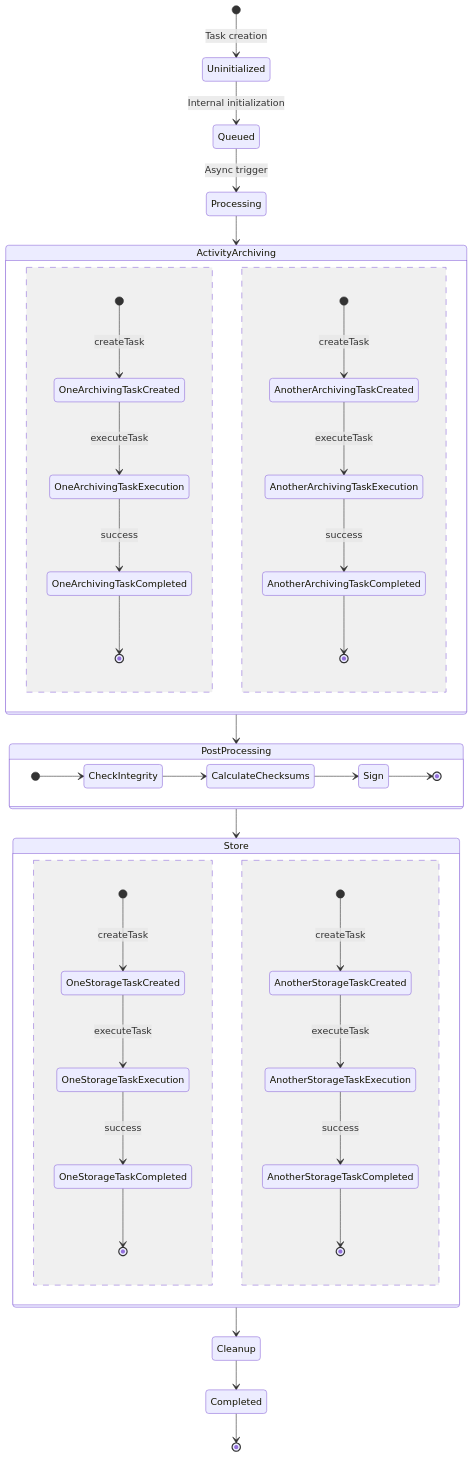
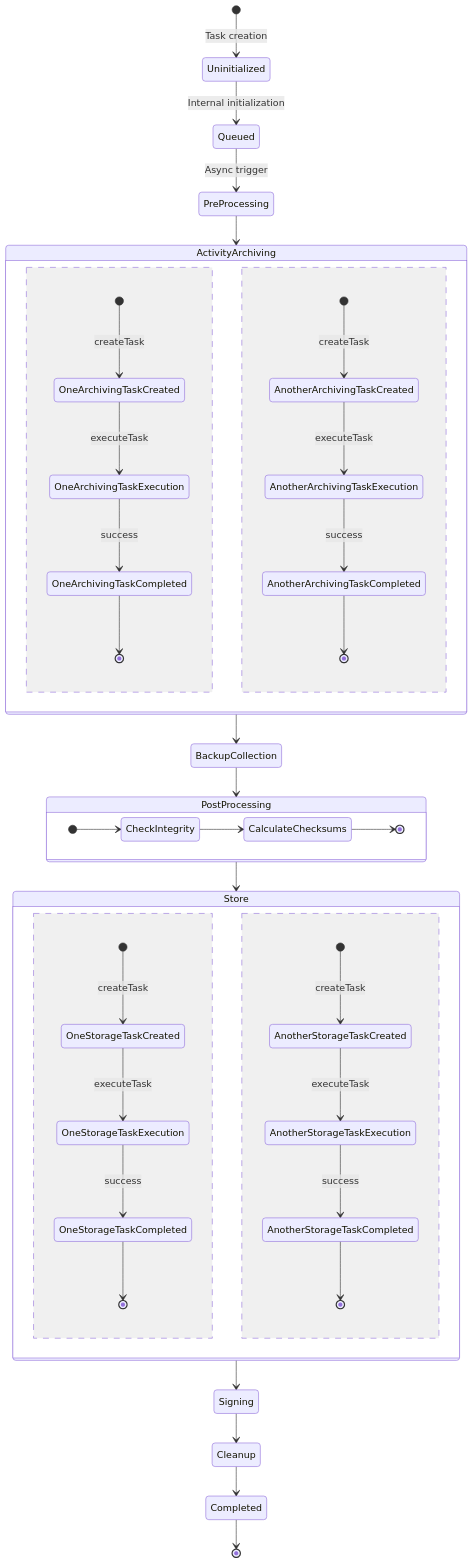
The first of 2 diagrams in docs/dev/api/archive-job-states.md (ngandrass/moodle-local_archiving), drawn with Mermaid before and after one commit. The commit also changed other lines of this file, not shown here.

````diff
--- a/docs/dev/api/archive-job-states.md
+++ b/docs/dev/api/archive-job-states.md
@@ -19,50 +18,55 @@
 ```mermaid
 stateDiagram-v2
     %% Job creation and initialization
     [*] --> Uninitialized : Task creation
     Uninitialized --> Queued : Internal initialization
-    Queued --> Processing : Async trigger
-    
+    Queued --> PreProcessing : Async trigger
+
     %% Activity archiving phase
-    Processing --> ActivityArchiving
+    PreProcessing --> ActivityArchiving
     state ActivityArchiving {
         [*] --> OneArchivingTaskCreated : createTask
         OneArchivingTaskCreated --> OneArchivingTaskExecution : executeTask
         OneArchivingTaskExecution --> OneArchivingTaskCompleted : success
         OneArchivingTaskCompleted --> [*]
         --
         [*] --> AnotherArchivingTaskCreated : createTask
         AnotherArchivingTaskCreated --> AnotherArchivingTaskExecution : executeTask
         AnotherArchivingTaskExecution --> AnotherArchivingTaskCompleted : success
         AnotherArchivingTaskCompleted --> [*]
     }
-    
+
+    %% Backup collection phase
+    ActivityArchiving --> BackupCollection
+
     %% Post-processing phase
-    ActivityArchiving --> PostProcessing
+    BackupCollection --> PostProcessing
     state PostProcessing {
         direction LR
         [*] --> CheckIntegrity
         CheckIntegrity --> CalculateChecksums
-        CalculateChecksums --> Sign
-        Sign --> [*]
+        CalculateChecksums --> [*]
     }
     PostProcessing --> Store
-    
+
     %% Storage phase
     state Store {
         [*] --> OneStorageTaskCreated : createTask
         OneStorageTaskCreated --> OneStorageTaskExecution : executeTask
         OneStorageTaskExecution --> OneStorageTaskCompleted : success
         OneStorageTaskCompleted --> [*]
         --
         [*] --> AnotherStorageTaskCreated : createTask
         AnotherStorageTaskCreated --> AnotherStorageTaskExecution : executeTask
         AnotherStorageTaskExecution --> AnotherStorageTaskCompleted : success
         AnotherStorageTaskCompleted --> [*]
     }
 
+    %% Signing
+    Store --> Signing
+
     %% Cleanup
-    Store --> Cleanup
+    Signing --> Cleanup
     Cleanup --> Completed
     Completed --> [*]
 ```
````
